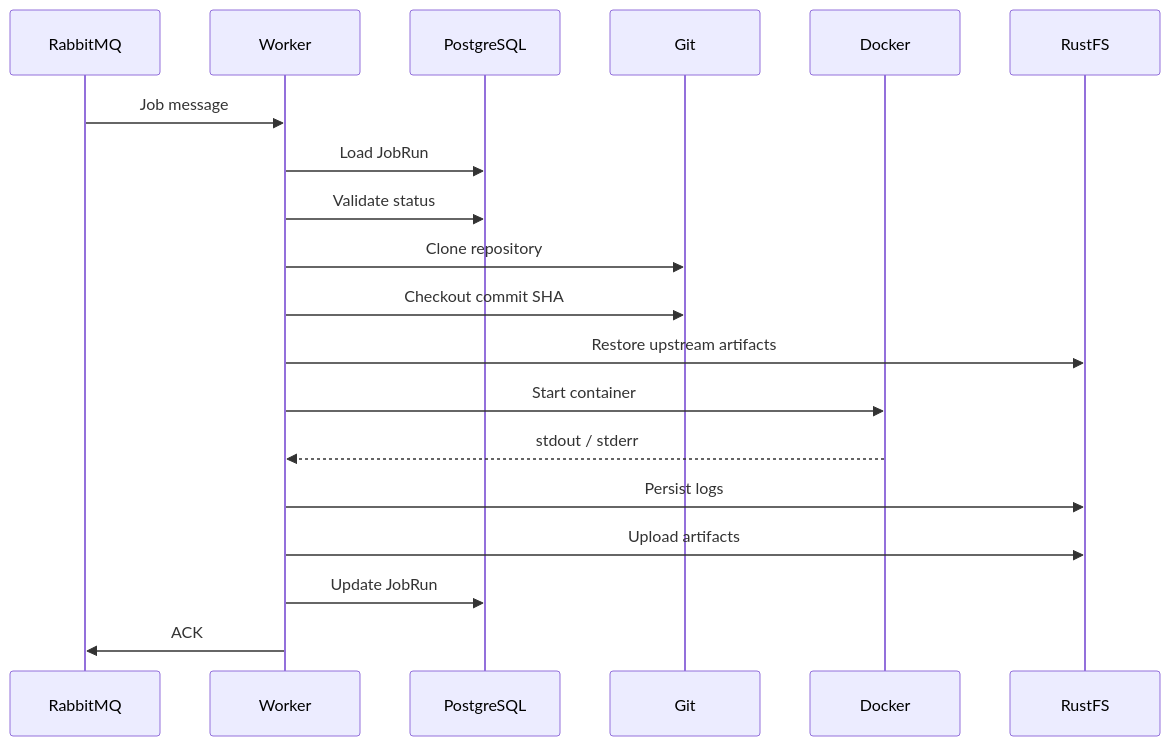
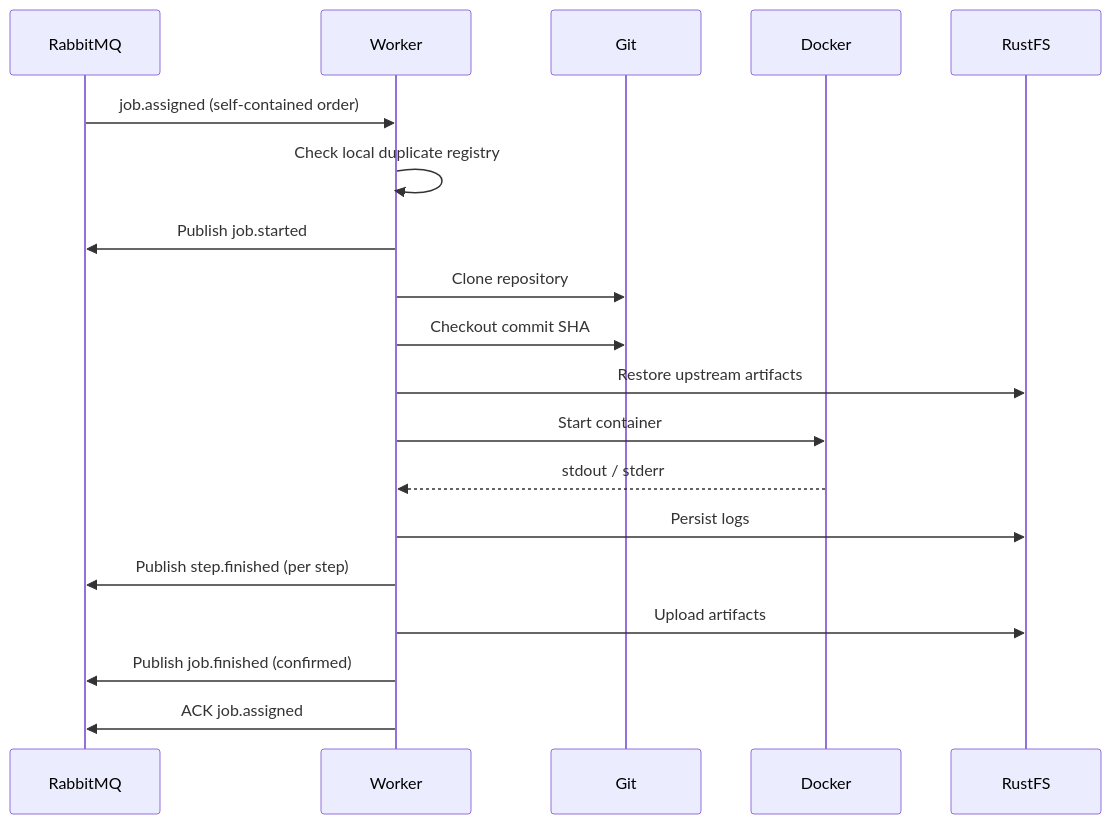
One commit to Rustkins-Project/RustkinsDocs changed the third of 3 diagrams in docs/architecture/components/worker/09-worker-architecture.md. Above: the diagram before and after it, drawn with Mermaid. The commit also changed other lines of this file and 13 other files, not shown here.

First line of the commit message:
docs(architecture): workers communicate only with the scheduler

````diff
--- a/docs/architecture/components/worker/09-worker-architecture.md
+++ b/docs/architecture/components/worker/09-worker-architecture.md
@@ -98,23 +103,23 @@
 ``` mermaid
 sequenceDiagram
 
 participant MQ as RabbitMQ
 participant W as Worker
-participant DB as PostgreSQL
 participant Git
 participant Docker
 participant RustFS
 
-MQ->>W: Job message
-W->>DB: Load JobRun
-W->>DB: Validate status
+MQ->>W: job.assigned (self-contained order)
+W->>W: Check local duplicate registry
+W->>MQ: Publish job.started
 W->>Git: Clone repository
 W->>Git: Checkout commit SHA
 W->>RustFS: Restore upstream artifacts
 W->>Docker: Start container
 Docker-->>W: stdout / stderr
 W->>RustFS: Persist logs
+W->>MQ: Publish step.finished (per step)
 W->>RustFS: Upload artifacts
-W->>DB: Update JobRun
-W->>MQ: ACK
+W->>MQ: Publish job.finished (confirmed)
+W->>MQ: ACK job.assigned
 ```
````
